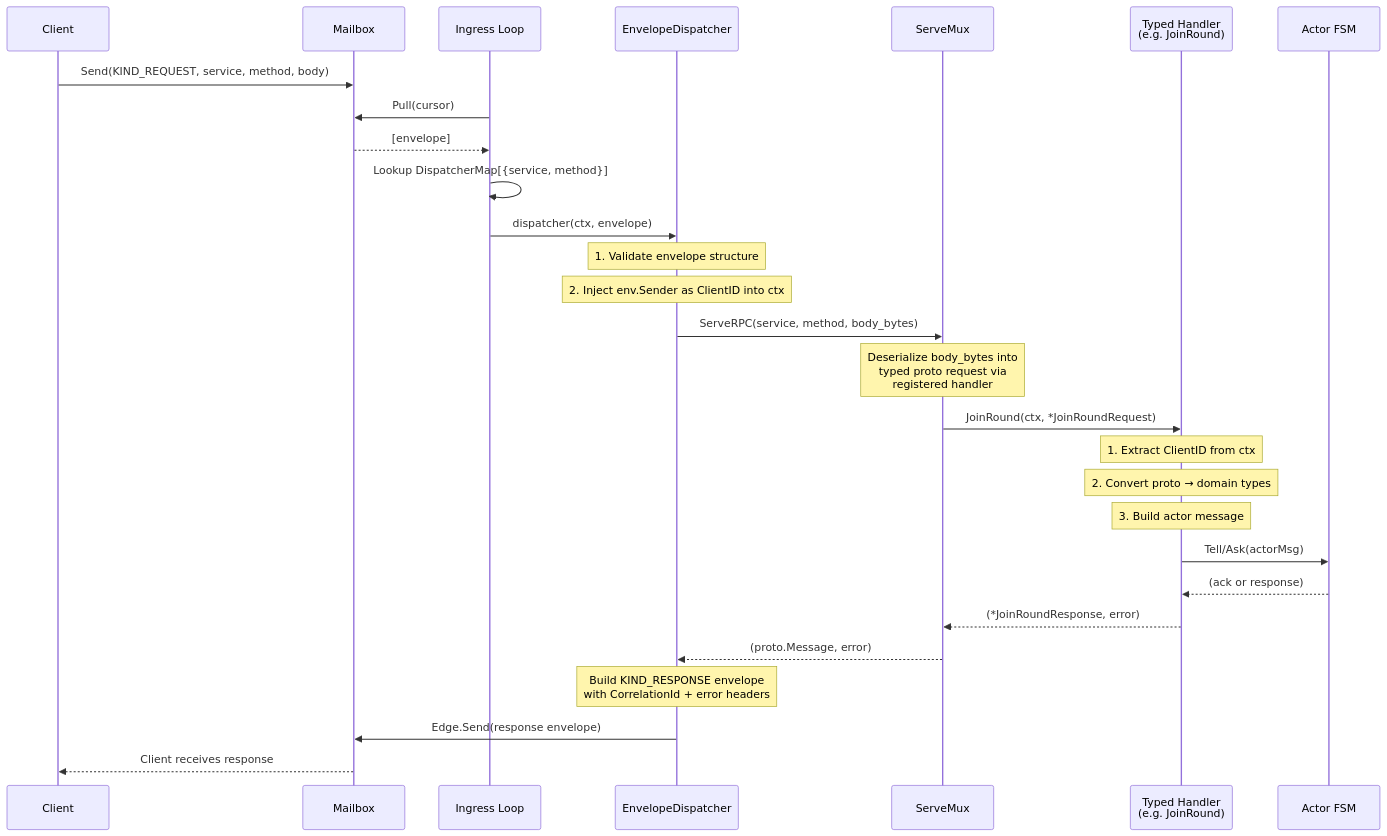
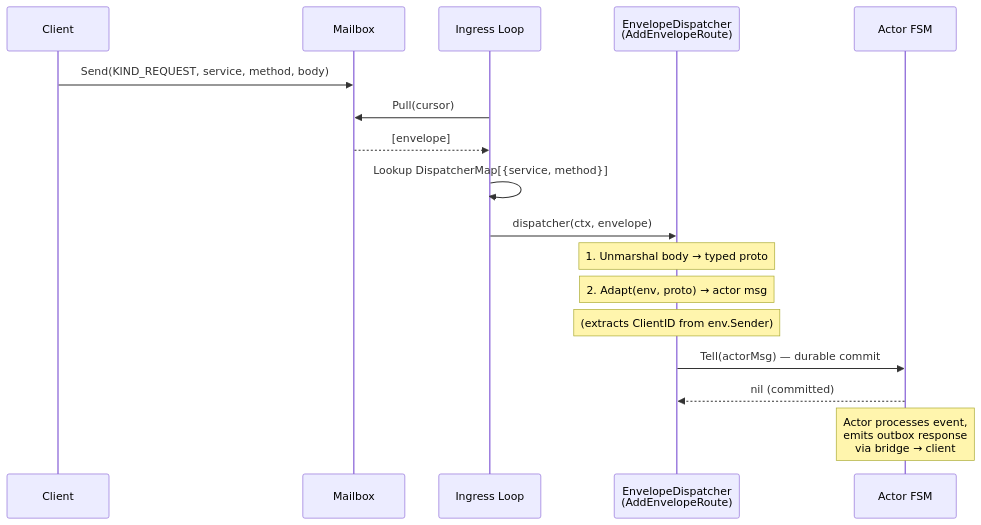
The ninth of 9 diagrams in docs/clientconn_architecture.md (lightninglabs/wavelength), drawn with Mermaid before and after one commit. The commit also changed other lines of this file and 9 other files, not shown here.

First line of the commit message:
docs: update dispatch pipeline for AddEnvelopeRoute

````diff
--- a/docs/clientconn_architecture.md
+++ b/docs/clientconn_architecture.md
@@ -541,38 +549,24 @@
 ```mermaid
 sequenceDiagram
     participant C as Client
     participant MB as Mailbox
     participant IL as Ingress Loop
-    participant D as EnvelopeDispatcher
-    participant MX as ServeMux
-    participant H as Typed Handler<br/>(e.g. JoinRound)
+    participant D as EnvelopeDispatcher<br/>(AddEnvelopeRoute)
     participant A as Actor FSM
 
     C->>MB: Send(KIND_REQUEST, service, method, body)
     IL->>MB: Pull(cursor)
     MB-->>IL: [envelope]
 
     IL->>IL: Lookup DispatcherMap[{service, method}]
     IL->>D: dispatcher(ctx, envelope)
 
-    Note over D: 1. Validate envelope structure
-    Note over D: 2. Inject env.Sender as ClientID into ctx
-    D->>MX: ServeRPC(service, method, body_bytes)
+    Note over D: 1. Unmarshal body → typed proto
+    Note over D: 2. Adapt(env, proto) → actor msg
+    Note over D: (extracts ClientID from env.Sender)
 
-    Note over MX: Deserialize body_bytes into<br/>typed proto request via<br/>registered handler
+    D->>A: Tell(actorMsg) — durable commit
+    A-->>D: nil (committed)
 
-    MX->>H: JoinRound(ctx, *JoinRoundRequest)
-
-    Note over H: 1. Extract ClientID from ctx
-    Note over H: 2. Convert proto → domain types
-    Note over H: 3. Build actor message
-
-    H->>A: Tell/Ask(actorMsg)
-    A-->>H: (ack or response)
-    H-->>MX: (*JoinRoundResponse, error)
-    MX-->>D: (proto.Message, error)
-
-    Note over D: Build KIND_RESPONSE envelope<br/>with CorrelationId + error headers
-    D->>MB: Edge.Send(response envelope)
-    MB-->>C: Client receives response
+    Note over A: Actor processes event,<br/>emits outbox response<br/>via bridge → client
 ```
````
